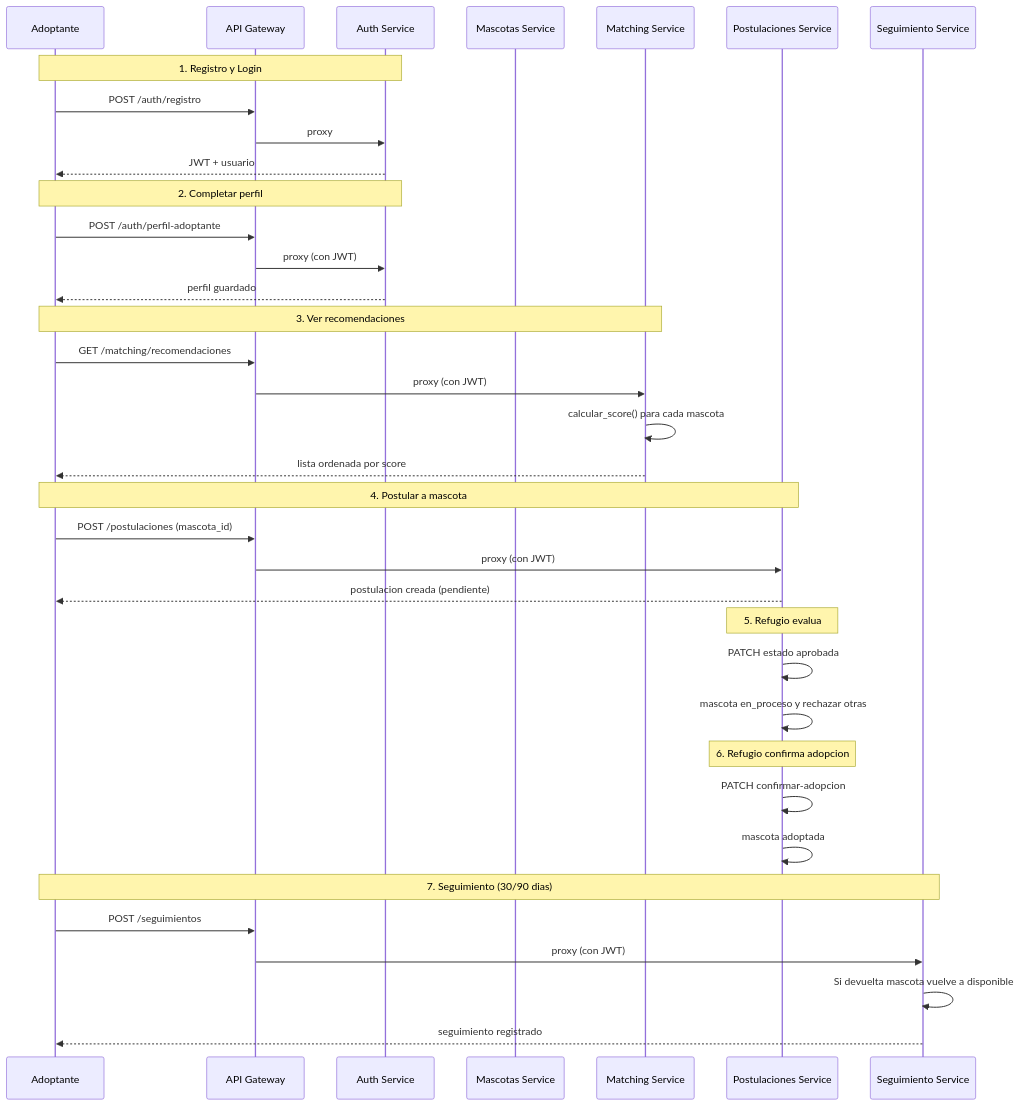
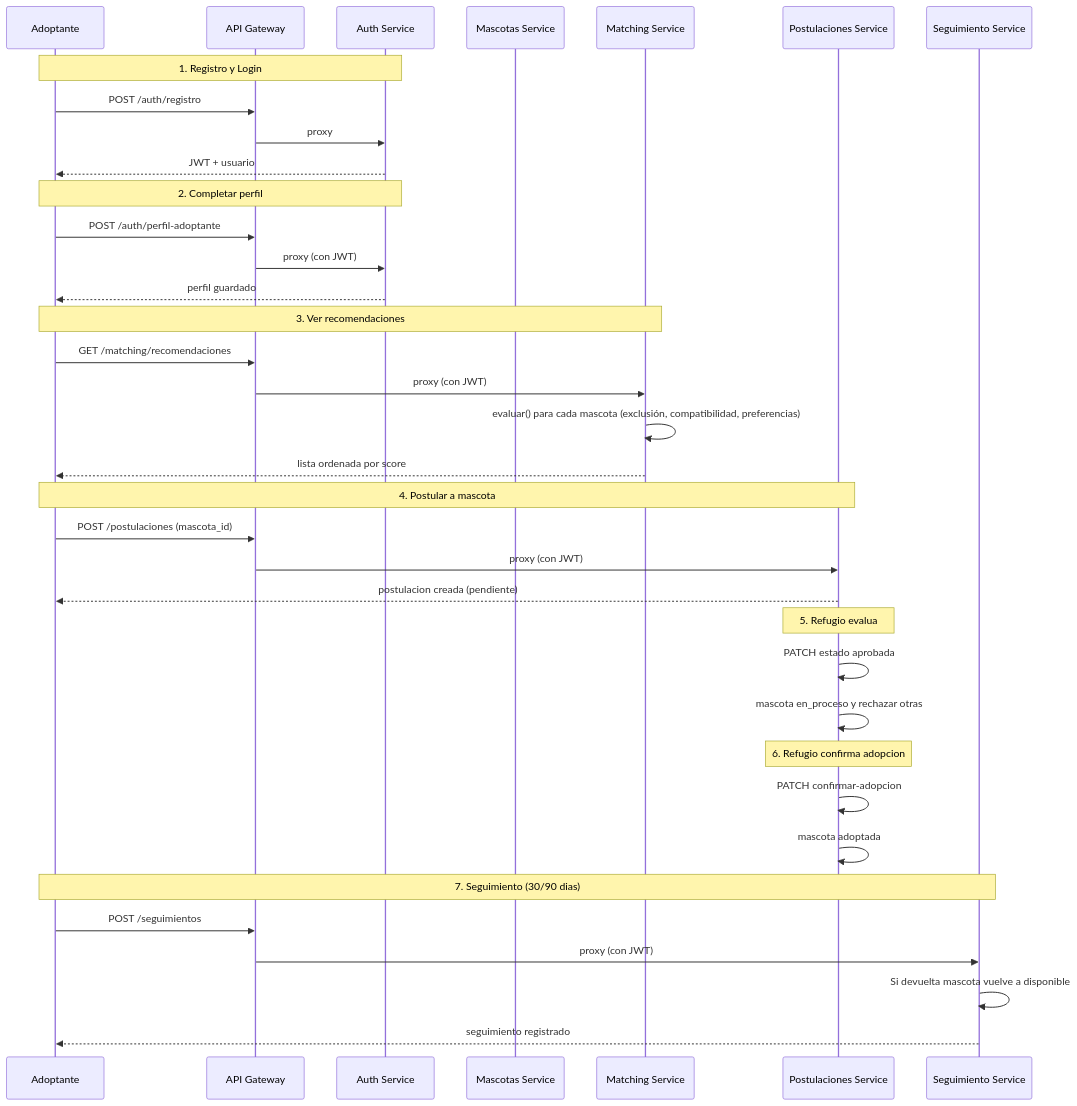
The second of 2 diagrams in Fase 2/Evidencias Proyecto/Evidencias de sistema/Aplicación/SPEC.md (OrlandoIsaias/CAPSTONE), drawn with Mermaid before and after one commit. The commit also changed other lines of this file and 61 other files, not shown here.

````diff
--- a/Fase 2/Evidencias Proyecto/Evidencias de sistema/Aplicación/SPEC.md
+++ b/Fase 2/Evidencias Proyecto/Evidencias de sistema/Aplicación/SPEC.md
@@ -648,45 +698,45 @@
 ```mermaid
 sequenceDiagram
     participant A as Adoptante
     participant GW as API Gateway
     participant Auth as Auth Service
     participant Masc as Mascotas Service
     participant Match as Matching Service
     participant Post as Postulaciones Service
     participant Seg as Seguimiento Service
 
     Note over A, Auth: 1. Registro y Login
     A->>GW: POST /auth/registro
     GW->>Auth: proxy
     Auth-->>A: JWT + usuario
 
     Note over A, Auth: 2. Completar perfil
     A->>GW: POST /auth/perfil-adoptante
     GW->>Auth: proxy (con JWT)
     Auth-->>A: perfil guardado
 
     Note over A, Match: 3. Ver recomendaciones
     A->>GW: GET /matching/recomendaciones
     GW->>Match: proxy (con JWT)
-    Match->>Match: calcular_score() para cada mascota
+    Match->>Match: evaluar() para cada mascota (exclusión, compatibilidad, preferencias)
     Match-->>A: lista ordenada por score
 
     Note over A, Post: 4. Postular a mascota
     A->>GW: POST /postulaciones (mascota_id)
     GW->>Post: proxy (con JWT)
     Post-->>A: postulacion creada (pendiente)
 
     Note over Post: 5. Refugio evalua
     Post->>Post: PATCH estado aprobada
     Post->>Post: mascota en_proceso y rechazar otras
 
     Note over Post: 6. Refugio confirma adopcion
     Post->>Post: PATCH confirmar-adopcion
     Post->>Post: mascota adoptada
 
     Note over A, Seg: 7. Seguimiento (30/90 dias)
     A->>GW: POST /seguimientos
     GW->>Seg: proxy (con JWT)
     Seg->>Seg: Si devuelta mascota vuelve a disponible
     Seg-->>A: seguimiento registrado
 ```
````
